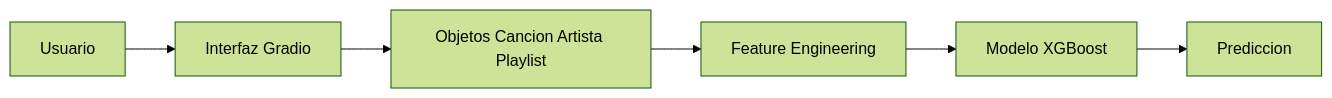
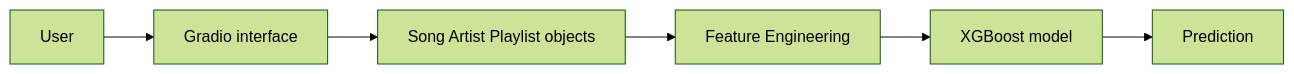
Before and after one commit to gamerOZZY/Data_Analisis_Spotify: the second of 2 diagrams in readme.md, drawn with Mermaid (forest theme). The commit also changed other lines of this file and 9 other files, not shown here.

````diff
--- a/readme.md
+++ b/readme.md
@@ -389,9 +379,9 @@
 ```mermaid
 flowchart LR
 
-A[Usuario] --> B[Interfaz Gradio]
-B --> C[Objetos Cancion Artista Playlist]
+A[User] --> B[Gradio interface]
+B --> C[Song Artist Playlist objects]
 C --> D[Feature Engineering]
-D --> E[Modelo XGBoost]
-E --> F[Prediccion]
+D --> E[XGBoost model]
+E --> F[Prediction]
 ```
````
